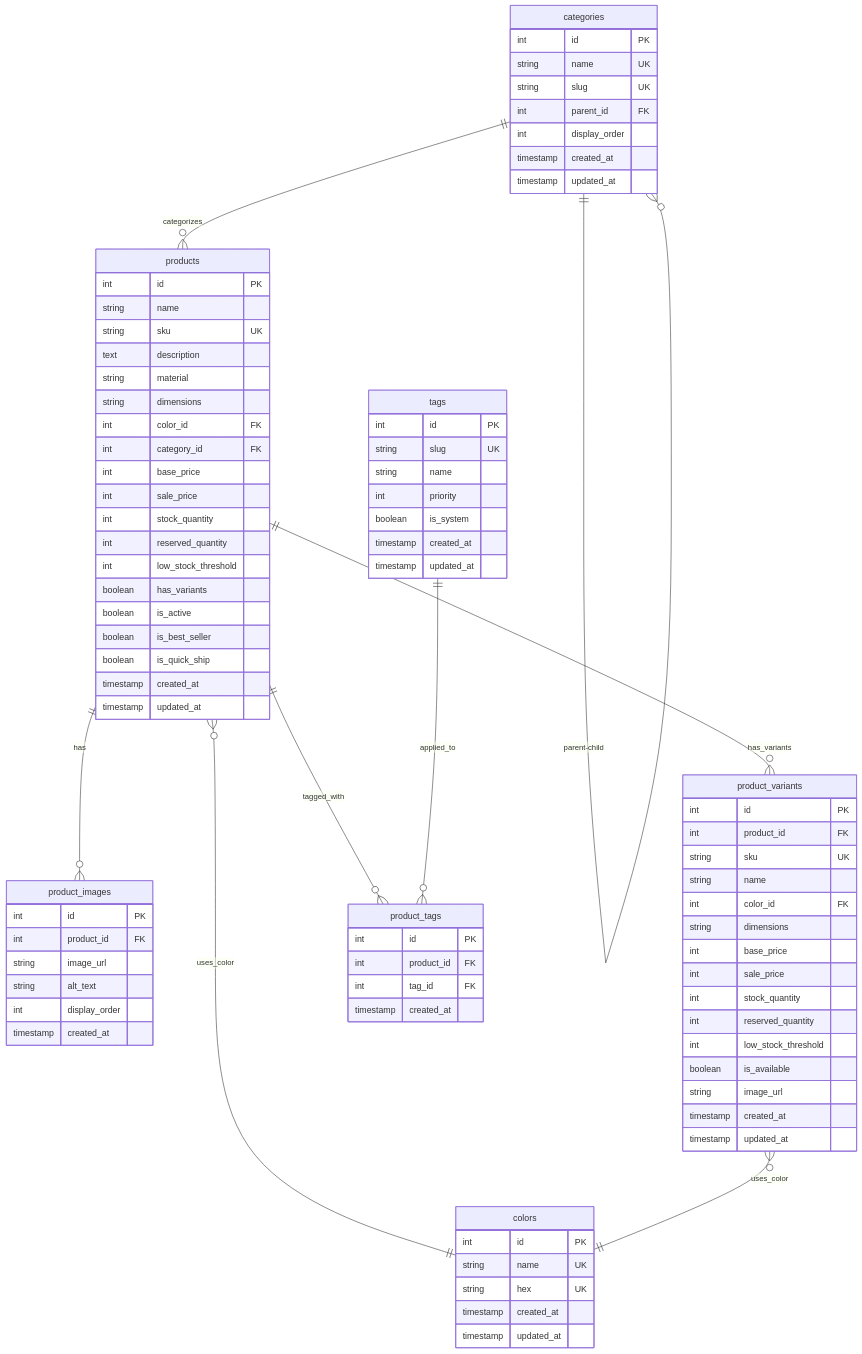
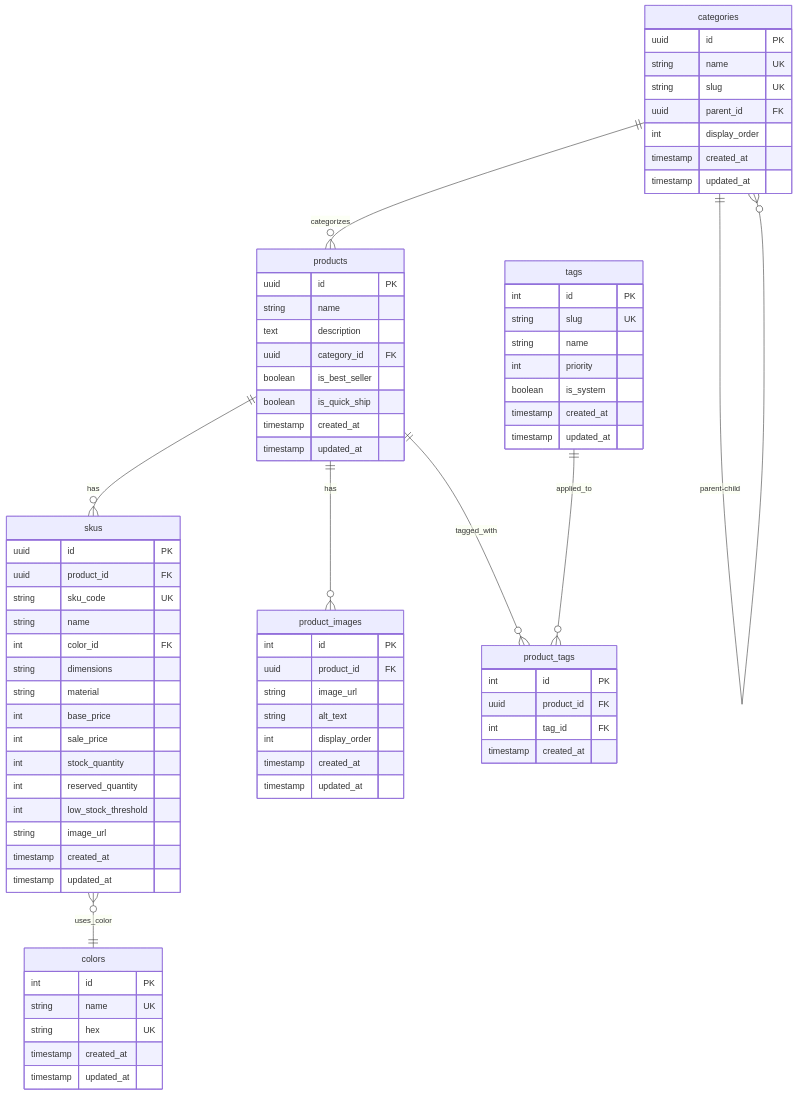
The diagram in app/backend/docs/database-schema.md (thundermiracle/ec-rust-ts), drawn with Mermaid before and after one commit. The commit also changed other lines of this file and 5 other files, not shown here.

````diff
--- a/app/backend/docs/database-schema.md
+++ b/app/backend/docs/database-schema.md
@@ -12,10 +12,10 @@
     %% Clean Architecture - Normalized Design
 
     categories {
-        int id PK
+        uuid id PK
         string name UK
         string slug UK
-        int parent_id FK
+        uuid parent_id FK
         int display_order
         timestamp created_at
         timestamp updated_at
@@ -40,57 +40,47 @@
     }
 
     products {
-        int id PK
+        uuid id PK
         string name
-        string sku UK
         text description
-        string material
-        string dimensions
-        int color_id FK
-        int category_id FK
-        int base_price
-        int sale_price
-        int stock_quantity
-        int reserved_quantity
-        int low_stock_threshold
-        boolean has_variants
-        boolean is_active
+        uuid category_id FK
         boolean is_best_seller
         boolean is_quick_ship
         timestamp created_at
         timestamp updated_at
     }
 
-    product_images {
-        int id PK
-        int product_id FK
-        string image_url
-        string alt_text
-        int display_order
-        timestamp created_at
-    }
-
-    product_variants {
-        int id PK
-        int product_id FK
-        string sku UK
+    skus {
+        uuid id PK
+        uuid product_id FK
+        string sku_code UK
         string name
         int color_id FK
         string dimensions
+        string material
         int base_price
         int sale_price
         int stock_quantity
         int reserved_quantity
         int low_stock_threshold
-        boolean is_available
         string image_url
+        timestamp created_at
+        timestamp updated_at
+    }
+
+    product_images {
+        int id PK
+        uuid product_id FK
+        string image_url
+        string alt_text
+        int display_order
         timestamp created_at
         timestamp updated_at
     }
 
     product_tags {
         int id PK
-        int product_id FK
+        uuid product_id FK
         int tag_id FK
         timestamp created_at
     }
@@ -99,12 +89,11 @@
     categories ||--o{ categories : "parent‑child"
     categories ||--o{ products : "categorizes"
 
+    products ||--o{ skus : "has"
     products ||--o{ product_images : "has"
-    products ||--o{ product_variants : "has_variants"
     products ||--o{ product_tags : "tagged_with"
-    products }o--|| colors : "uses_color"
 
-    product_variants }o--|| colors : "uses_color"
+    skus }o--|| colors : "uses_color"
 
     tags ||--o{ product_tags : "applied_to"
 ```
````
